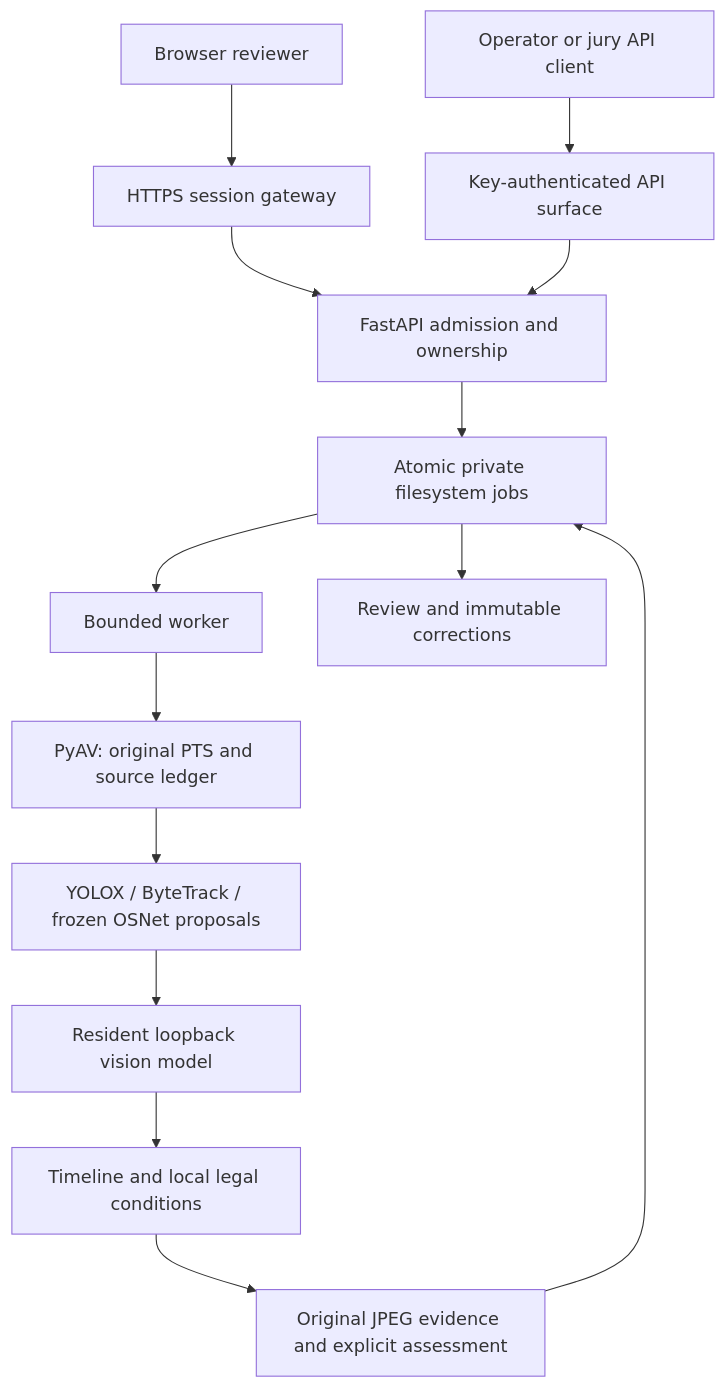
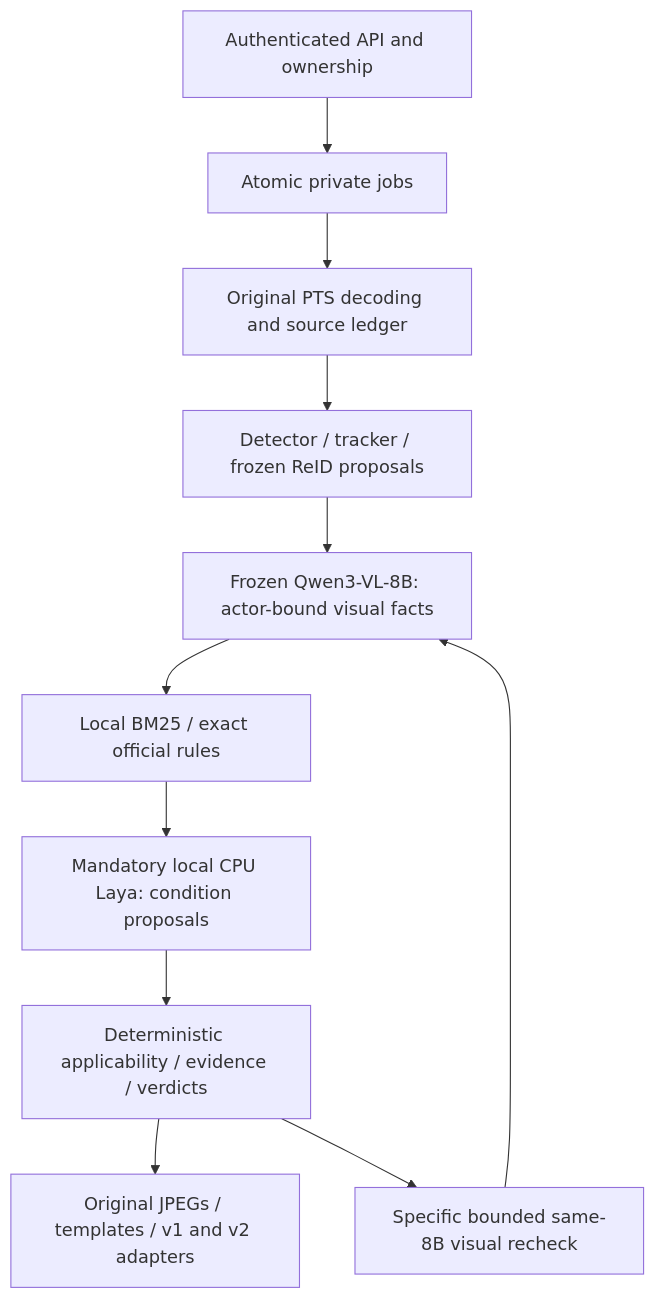
The diagram in docs-site/architecture.mdx (itsaibarr/fortebank-datathon-26), drawn with Mermaid before and after one commit. The commit also changed other lines of this file and 15 other files, not shown here.

Commit message:
docs: publish selected frozen 8B and CPU Laya architecture (#3)

````diff
--- a/docs-site/architecture.mdx
+++ b/docs-site/architecture.mdx
@@ -6,16 +12,13 @@
 ```mermaid
 flowchart TD
-  A[Browser reviewer] --> S[HTTPS session gateway]
-  C[Operator or jury API client] --> K[Key-authenticated API surface]
-  S --> F[FastAPI admission and ownership]
-  K --> F
-  F --> J[Atomic private filesystem jobs]
-  J --> W[Bounded worker]
-  W --> V[PyAV: original PTS and source ledger]
-  V --> T[YOLOX / ByteTrack / frozen OSNet proposals]
-  T --> M[Resident loopback vision model]
-  M --> L[Timeline and local legal conditions]
-  L --> E[Original JPEG evidence and explicit assessment]
-  E --> J
-  J --> R[Review and immutable corrections]
+  A[Authenticated API and ownership] --> J[Atomic private jobs]
+  J --> V[Original PTS decoding and source ledger]
+  V --> T[Detector / tracker / frozen ReID proposals]
+  T --> Q[Frozen Qwen3-VL-8B: actor-bound visual facts]
+  Q --> B[Local BM25 / exact official rules]
+  B --> L[Mandatory local CPU Laya: condition proposals]
+  L --> D[Deterministic applicability / evidence / verdicts]
+  D --> E[Original JPEGs / templates / v1 and v2 adapters]
+  D --> R[Specific bounded same-8B visual recheck]
+  R --> Q
 ```
````
